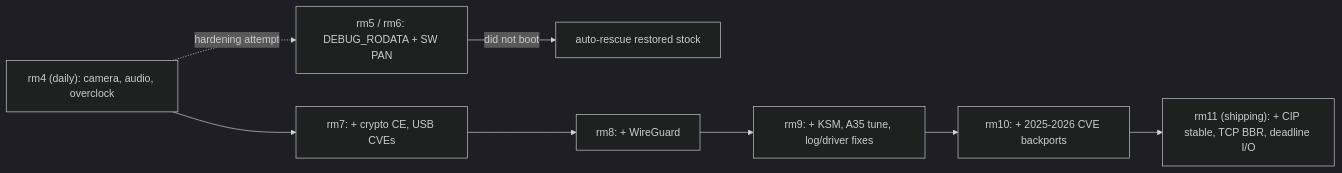
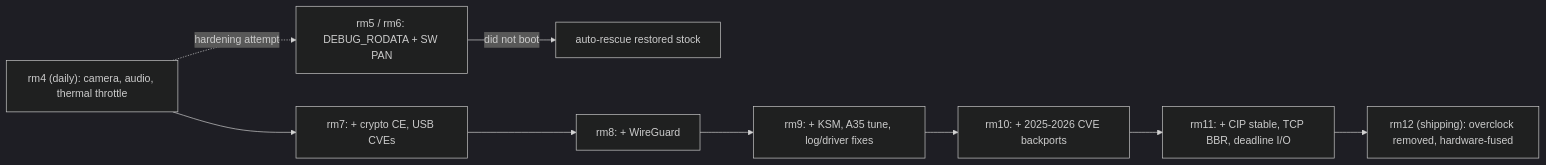
One commit to milouk/mls-maic changed the first of 2 diagrams in README.md. Above: the diagram before and after it, drawn with Mermaid (dark theme). The commit also changed other lines of this file and 35 other files, not shown here.

First line of the commit message:
rm12: measure everything vs stock, prove the overclock is hardware-fused, remove it

````diff
--- a/README.md
+++ b/README.md
@@ -148,10 +156,11 @@
 ```mermaid
 flowchart LR
-    rm4["rm4 (daily): camera, audio, overclock"] --> rm7["rm7: + crypto CE, USB CVEs"]
+    rm4["rm4 (daily): camera, audio, thermal throttle"] --> rm7["rm7: + crypto CE, USB CVEs"]
     rm4 -.->|hardening attempt| rm56["rm5 / rm6: DEBUG_RODATA + SW PAN"]
     rm56 -->|"did not boot"| rescue["auto-rescue restored stock"]
     rm7 --> rm8["rm8: + WireGuard"]
     rm8 --> rm9["rm9: + KSM, A35 tune, log/driver fixes"]
     rm9 --> rm10["rm10: + 2025-2026 CVE backports"]
-    rm10 --> rm11["rm11 (shipping): + CIP stable, TCP BBR, deadline I/O"]
+    rm10 --> rm11["rm11: + CIP stable, TCP BBR, deadline I/O"]
+    rm11 --> rm12["rm12 (shipping): overclock removed, hardware-fused"]
 ```
````
